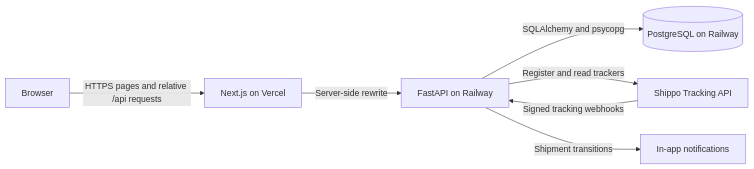
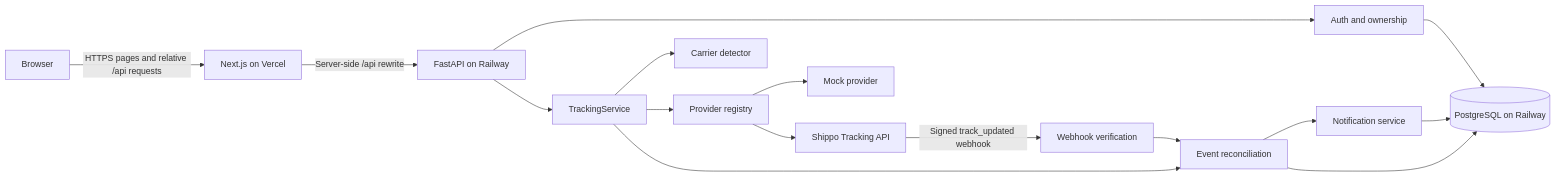
Before and after one commit to Therealem/ParcelPulse: the first of 2 diagrams in README.md, drawn with Mermaid. The commit also changed other lines of this file, not shown here.

````diff
--- a/README.md
+++ b/README.md
@@ -49,9 +107,32 @@
 ```mermaid
 flowchart LR
-    U[Browser] -->|HTTPS pages and relative /api requests| V[Next.js on Vercel]
-    V -->|Server-side rewrite| A[FastAPI on Railway]
-    A -->|SQLAlchemy and psycopg| D[(PostgreSQL on Railway)]
-    A -->|Register and read trackers| S[Shippo Tracking API]
-    S -->|Signed tracking webhooks| A
-    A -->|Shipment transitions| N[In-app notifications]
+    Browser[Browser]
+    Next[Next.js on Vercel]
+    API[FastAPI on Railway]
+    Auth[Auth and ownership]
+    Track[TrackingService]
+    Detect[Carrier detector]
+    Providers[Provider registry]
+    Mock[Mock provider]
+    Shippo[Shippo Tracking API]
+    Verify[Webhook verification]
+    Reconcile[Event reconciliation]
+    Notify[Notification service]
+    DB[(PostgreSQL on Railway)]
+
+    Browser -->|HTTPS pages and relative /api requests| Next
+    Next -->|Server-side /api rewrite| API
+    API --> Auth
+    API --> Track
+    Track --> Detect
+    Track --> Providers
+    Providers --> Mock
+    Providers --> Shippo
+    Track --> Reconcile
+    Shippo -->|Signed track_updated webhook| Verify
+    Verify --> Reconcile
+    Reconcile --> Notify
+    Auth --> DB
+    Reconcile --> DB
+    Notify --> DB
 ```
````
